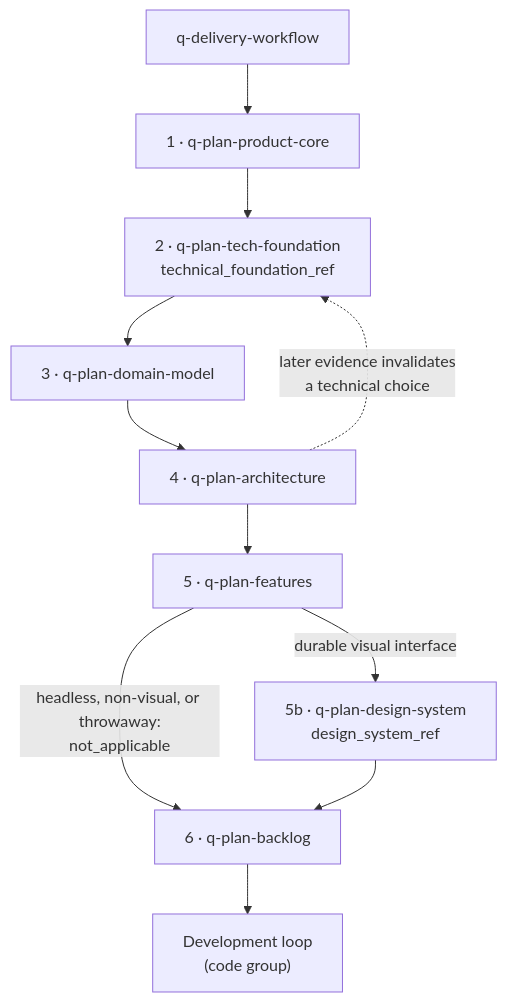
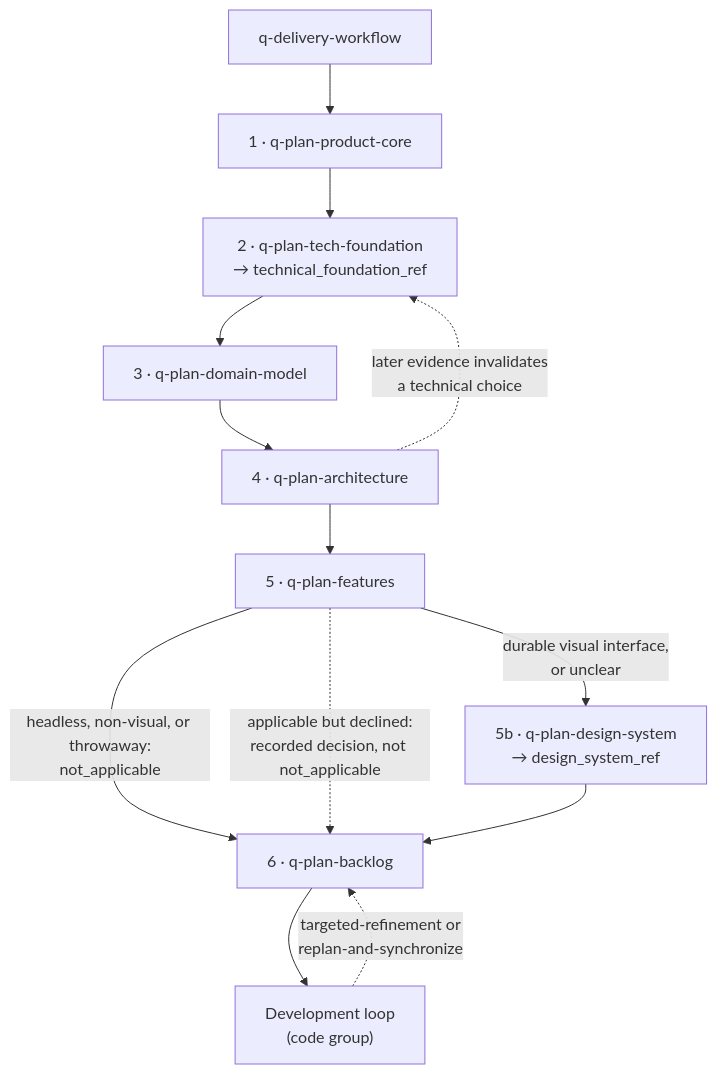
One commit to flaviogragnolati/ai-workflow changed the diagram in skills/plan/README.md. Above: the diagram before and after it, drawn with Mermaid. The commit also changed other lines of this file and 21 other files, not shown here.

````diff
--- a/skills/plan/README.md
+++ b/skills/plan/README.md
@@ -9,13 +9,15 @@
 ```mermaid
 flowchart TB
     W["q-delivery-workflow"] --> S1["1 · q-plan-product-core"]
-    S1 --> S2["2 · q-plan-tech-foundation<br/>technical_foundation_ref"]
+    S1 --> S2["2 · q-plan-tech-foundation<br/>→ technical_foundation_ref"]
     S2 --> S3["3 · q-plan-domain-model"]
     S3 --> S4["4 · q-plan-architecture"]
     S4 --> S5["5 · q-plan-features"]
-    S5 -->|"durable visual interface"| S5B["5b · q-plan-design-system<br/>design_system_ref"]
+    S5 -->|"durable visual interface,<br/>or unclear"| S5B["5b · q-plan-design-system<br/>→ design_system_ref"]
     S5 -->|"headless, non-visual, or throwaway:<br/>not_applicable"| S6["6 · q-plan-backlog"]
+    S5 -. "applicable but declined:<br/>recorded decision, not not_applicable" .-> S6
     S5B --> S6
     S6 --> LOOP["Development loop<br/>(code group)"]
+    LOOP -. "targeted-refinement or<br/>replan-and-synchronize" .-> S6
     S4 -. "later evidence invalidates<br/>a technical choice" .-> S2
 ```
````
